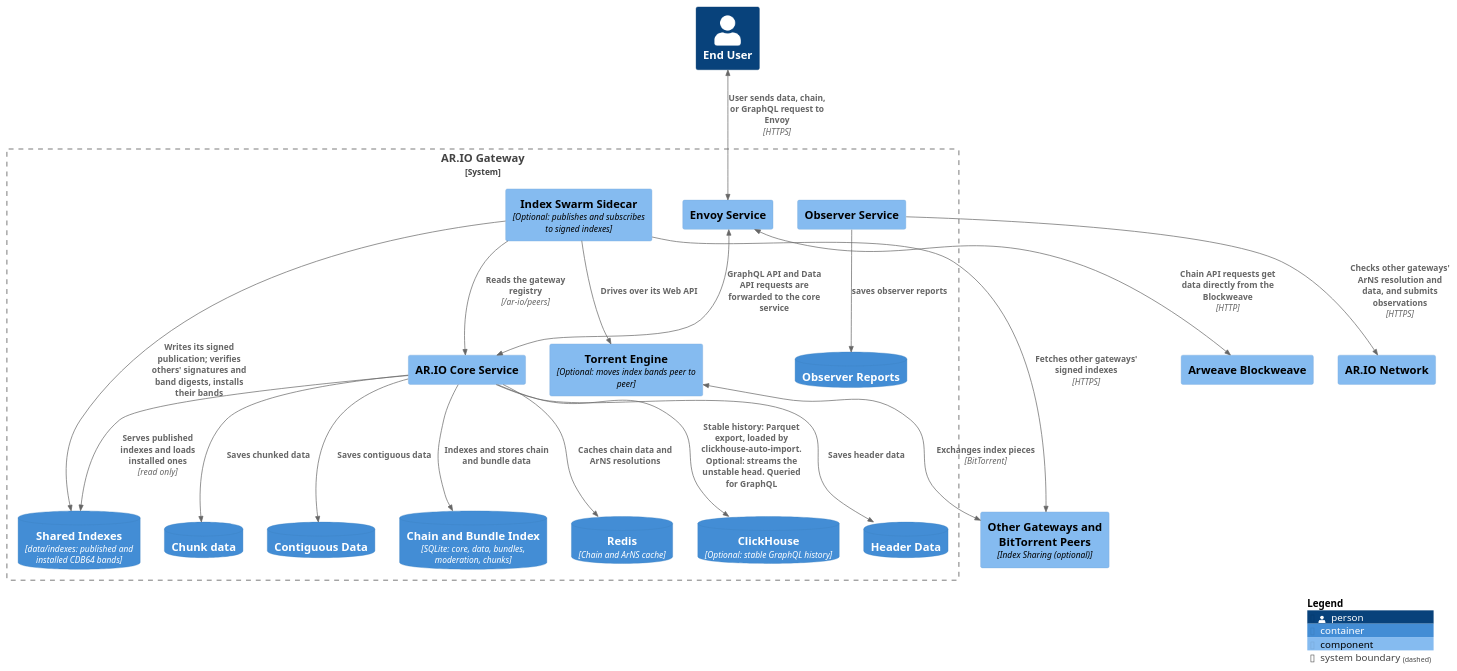
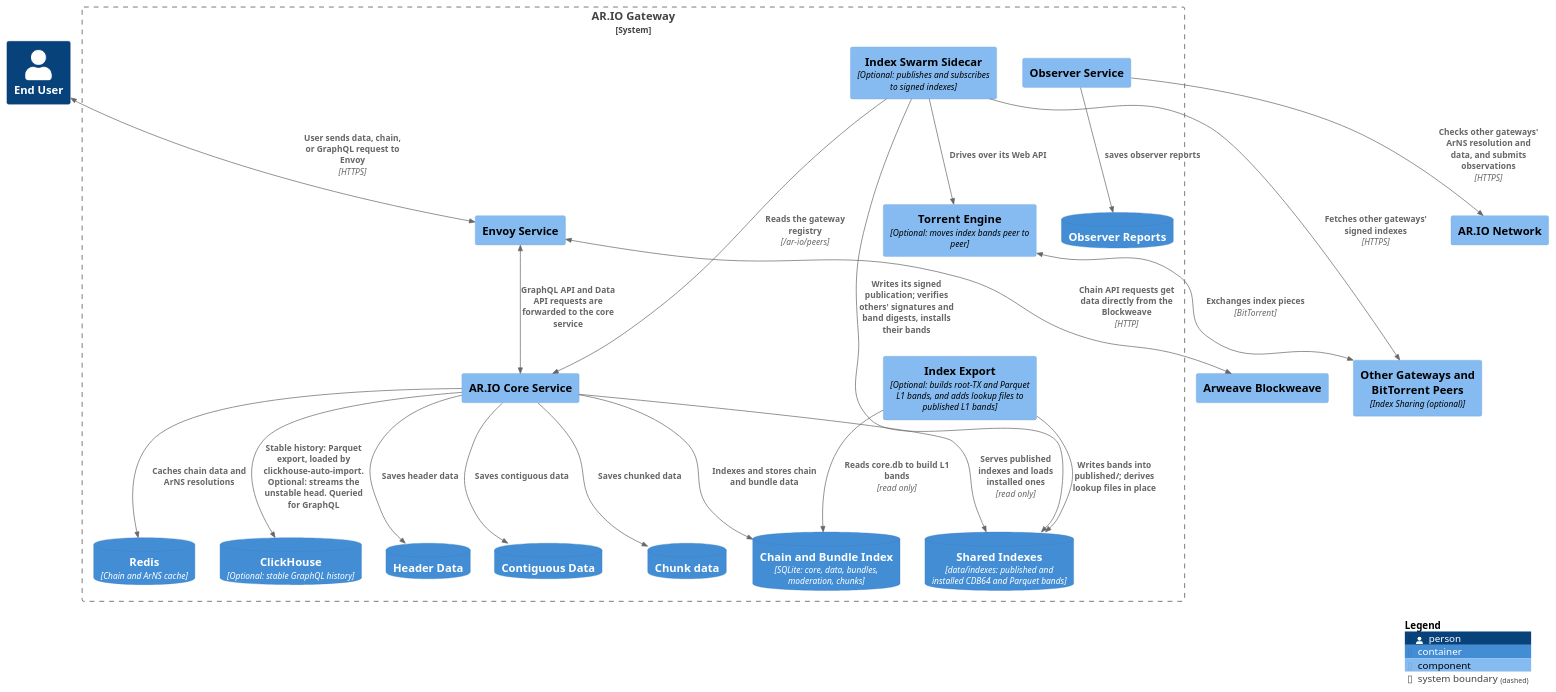
Before and after one commit to ar-io/ar-io-node: the diagram in docs/diagrams/src/Gateway.puml, drawn with PlantUML. The commit also changed 30 other files, not shown here.

```diff
--- a/docs/diagrams/src/Gateway.puml
+++ b/docs/diagrams/src/Gateway.puml
@@ -1,69 +1,73 @@
 @startuml Gateway
 
 
 !include ./C4_definitions/C4_Context.puml
 !include ./C4_definitions/C4_Container.puml
 !include ./C4_definitions/C4_Component.puml
 
 ' Set Layout
 LAYOUT_TOP_DOWN()
 
 
 ' Define Elements
 
 Person(user, "End User")
 Component(arweave, "Arweave Blockweave")
 Component(network, "AR.IO Network")
 
 Component(peers, "Other Gateways and BitTorrent Peers", "Index Sharing (optional)")
 
 System_Boundary(ar-io, "AR.IO Gateway"){
     Component(core, "AR.IO Core Service")
     Component(envoy, "Envoy Service")
     Component(observer, "Observer Service")
     ContainerDb(redis, "Redis", "Chain and ArNS cache")
     ContainerDb(clickhouse, "ClickHouse", "Optional: stable GraphQL history")
     Component(sidecar, "Index Swarm Sidecar", "Optional: publishes and subscribes to signed indexes")
     Component(engine, "Torrent Engine", "Optional: moves index bands peer to peer")
+    Component(exporter, "Index Export", "Optional: builds root-TX and Parquet L1 bands, and adds lookup files to published L1 bands")
 
     ContainerDb(chunks, "Chunk data")
     ContainerDb(headers, "Header Data")
     ContainerDb(contiguous, "Contiguous Data")
     ContainerDb(reports, "Observer Reports")
     ContainerDb(index, "Chain and Bundle Index", "SQLite: core, data, bundles, moderation, chunks")
-    ContainerDb(indexes, "Shared Indexes", "data/indexes: published and installed CDB64 bands")
+    ContainerDb(indexes, "Shared Indexes", "data/indexes: published and installed CDB64 and Parquet bands")
 }
 
 ' Relationships
 BiRel(user, envoy, "User sends data, chain, or GraphQL request to Envoy", "HTTPS" )
 BiRel(envoy, arweave, "Chain API requests get data directly from the Blockweave", "HTTP")
 BiRel(envoy, core, "GraphQL API and Data API requests are forwarded to the core service")
 
 
 Rel(core, index, "Indexes and stores chain and bundle data")
 Rel(core, chunks, "Saves chunked data")
 Rel(core, headers, "Saves header data")
 Rel(core, contiguous, "Saves contiguous data")
 
 Rel(core, redis, "Caches chain data and ArNS resolutions")
 Rel(core, clickhouse, "Stable history: Parquet export, loaded by clickhouse-auto-import. Optional: streams the unstable head. Queried for GraphQL")
 Rel(core, indexes, "Serves published indexes and loads installed ones", "read only")
 
 Rel(sidecar, indexes, "Writes its signed publication; verifies others' signatures and band digests, installs their bands")
+Rel(exporter, index, "Reads core.db to build L1 bands", "read only")
+Rel(exporter, indexes, "Writes bands into published/; derives lookup files in place")
 Rel(sidecar, core, "Reads the gateway registry", "/ar-io/peers")
 Rel(sidecar, peers, "Fetches other gateways' signed indexes", "HTTPS")
 Rel(sidecar, engine, "Drives over its Web API")
 BiRel(engine, peers, "Exchanges index pieces", "BitTorrent")
 
 Rel(observer, reports, "saves observer reports")
 Rel(observer, network, "Checks other gateways' ArNS resolution and data, and submits observations", "HTTPS")
 
 ' Layout hints: keep the index-sharing pieces together on the left
 Lay_Right(sidecar, observer)
 Lay_Down(sidecar, engine)
+Lay_Down(engine, exporter)
 Lay_Left(indexes, chunks)
 
 ' Legend
 SHOW_LEGEND()
 
 @enduml
```
